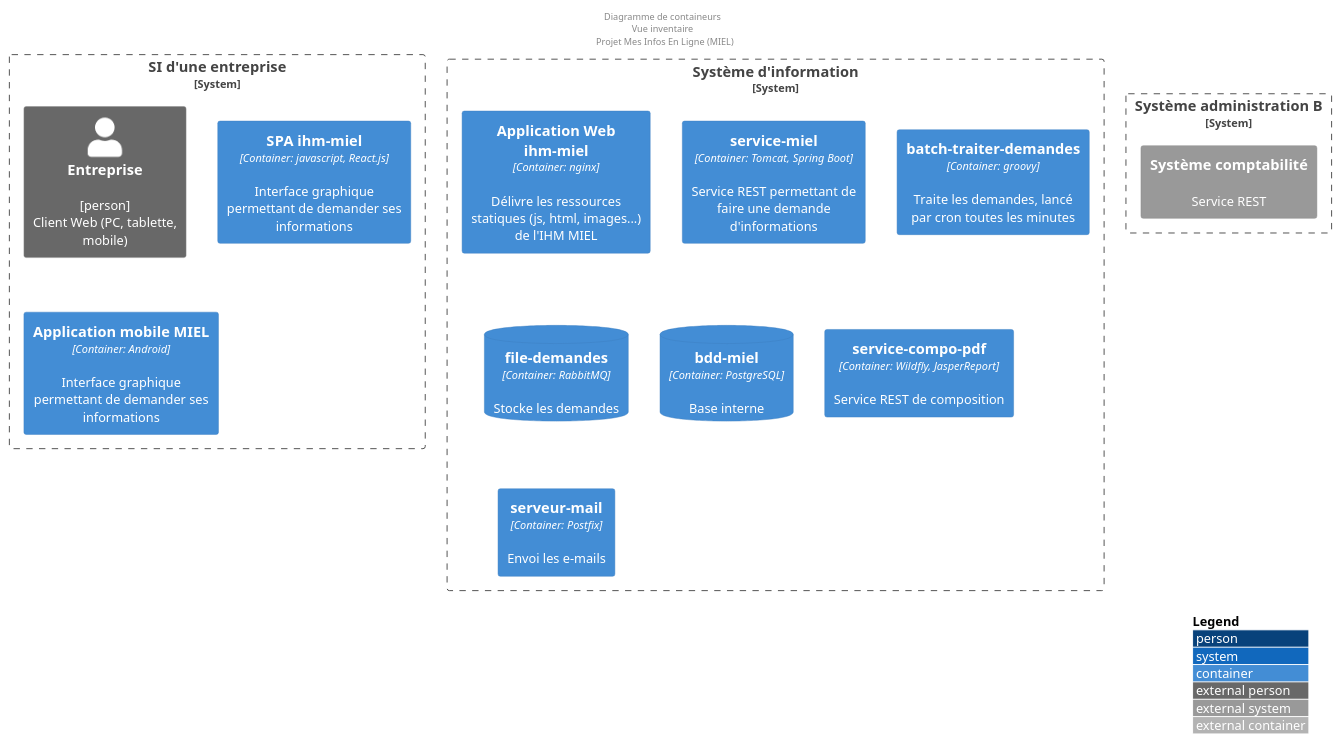
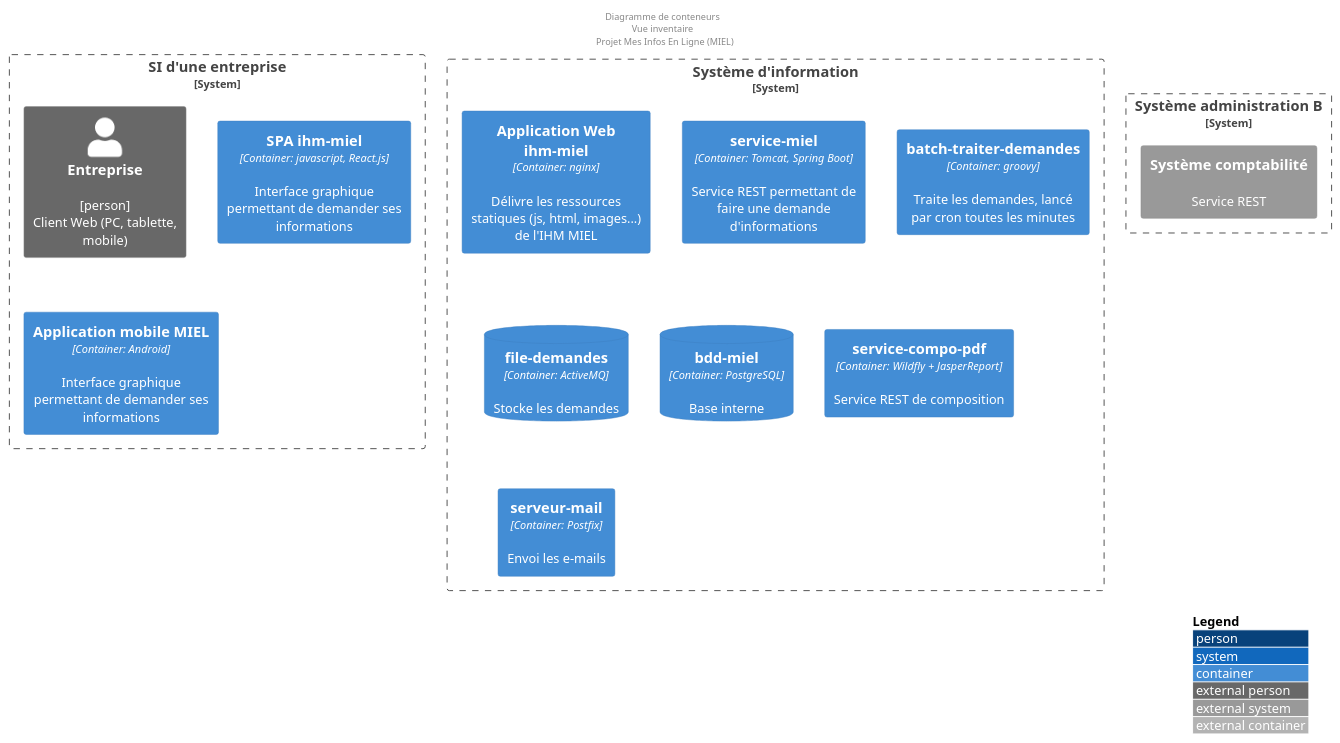
The diagram in diagrammes/archi-applicative-detaillee-inventaire.puml (bflorat/modele-da), drawn with PlantUML before and after one commit. The commit also changed 8 other files, not shown here.

Commit message:
refactor: cleanup diagrammes

```diff
--- a/diagrammes/archi-applicative-detaillee-inventaire.puml
+++ b/diagrammes/archi-applicative-detaillee-inventaire.puml
@@ -1,25 +1,25 @@
 @startuml archi-applicative-detaillee-inventaire
 !include <C4/C4_Container>
-header Diagramme de containeurs \nVue inventaire \n Projet Mes Infos En Ligne (MIEL)
+header Diagramme de conteneurs \nVue inventaire \n Projet Mes Infos En Ligne (MIEL)
 LAYOUT_WITH_LEGEND()
 
 System_Boundary(company_system, "SI d'une entreprise") {
   Person_Ext(entreprise, "Entreprise","[person] \nClient Web (PC, tablette, mobile)")
   Container(spa, "SPA ihm-miel", "Container: javascript, React.js","Interface graphique permettant de demander ses informations")
   Container(mobile, "Application mobile MIEL", "Container: Android","Interface graphique permettant de demander ses informations")
 }
 
 System_Boundary(administration, "Système administration B") {
     System_Ext(scompta, "Système comptabilité","Service REST") 
 }
 
 System_Boundary(si, "Système d'information"){
     Container(resources_statiques, "Application Web ihm-miel", "Container: nginx","Délivre les ressources statiques (js, html, images...) de l'IHM MIEL")
     Container(sm, "service-miel", "Container: Tomcat, Spring Boot","Service REST permettant de faire une demande d'informations")
     Container(batch, "batch-traiter-demandes", "Container: groovy","Traite les demandes, lancé par cron toutes les minutes")
-    ContainerDb(file,"file-demandes","Container: RabbitMQ","Stocke les demandes")
+    ContainerDb(file,"file-demandes","Container: ActiveMQ","Stocke les demandes")
     ContainerDb(bdd,"bdd-miel","Container: PostgreSQL","Base interne")
-    Container(compo,"service-compo-pdf","Container: Wildfly, JasperReport", "Service REST de composition")
+    Container(compo,"service-compo-pdf","Container: Wildfly + JasperReport", "Service REST de composition")
     Container(smails,"serveur-mail","Container: Postfix","Envoi les e-mails")     
 }
 @enduml
```
